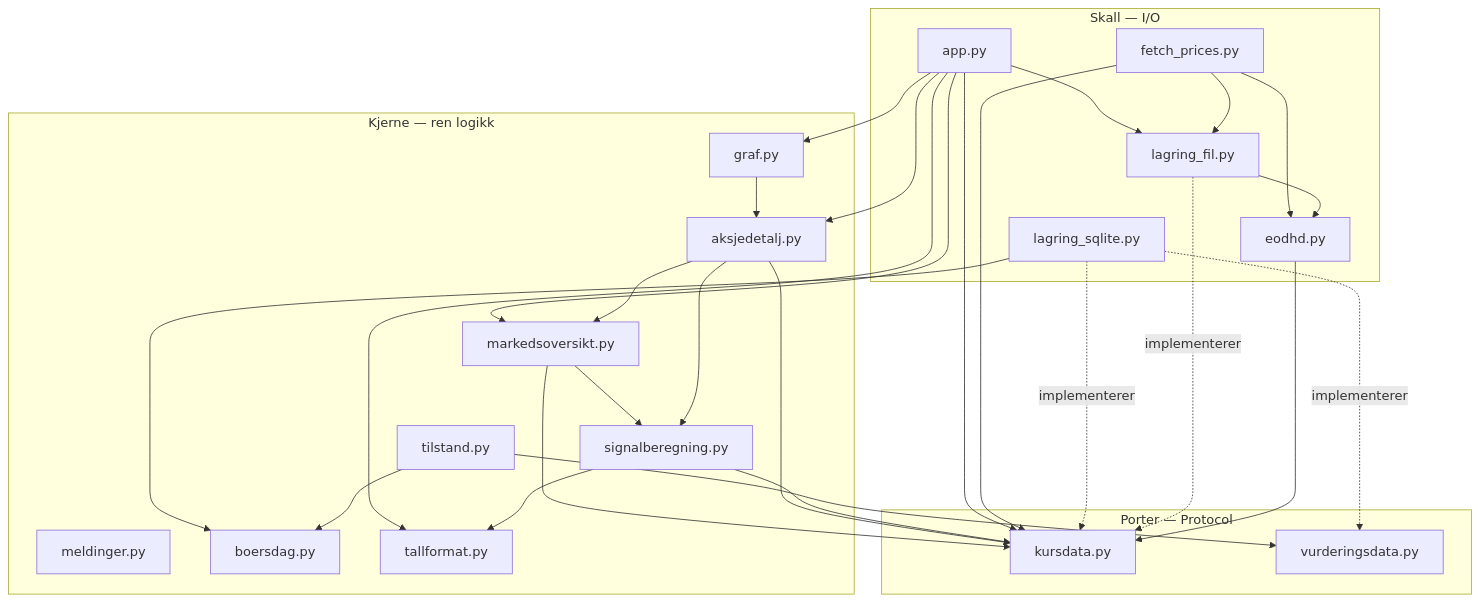
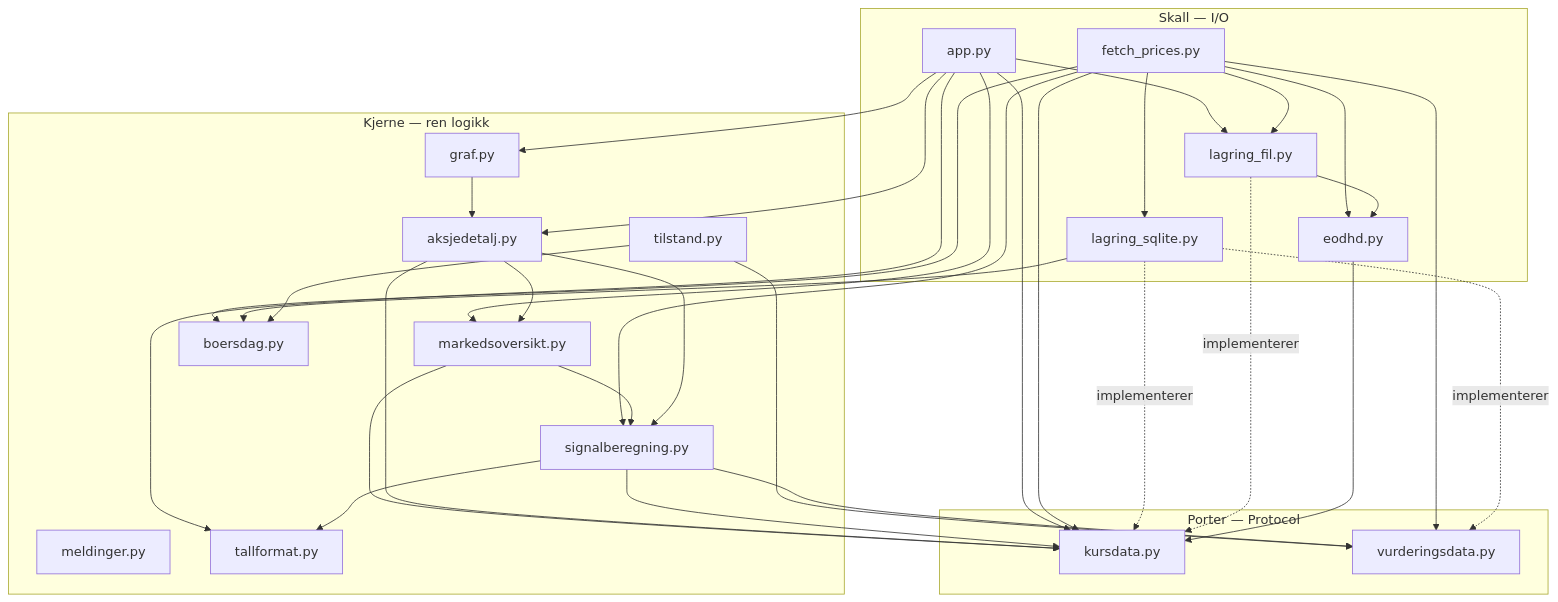
The first of 3 diagrams in _bmad-output/planning-artifacts/architecture/architecture-G74-lund-osen-2026-09-22/ARCHITECTURE-SPINE.md (IBE160-2026/G74-lund-osen), drawn with Mermaid before and after one commit. The commit also changed other lines of this file and 9 other files, not shown here.

````diff
--- a/_bmad-output/planning-artifacts/architecture/architecture-G74-lund-osen-2026-09-22/ARCHITECTURE-SPINE.md
+++ b/_bmad-output/planning-artifacts/architecture/architecture-G74-lund-osen-2026-09-22/ARCHITECTURE-SPINE.md
@@ -65,50 +65,55 @@
 ```mermaid
 graph TD
     subgraph skall["Skall — I/O"]
         app["app.py"]
         fetch["fetch_prices.py"]
         sqlite["lagring_sqlite.py"]
         fil["lagring_fil.py"]
         eodhd["eodhd.py"]
     end
     subgraph porter["Porter — Protocol"]
         kursdata["kursdata.py"]
         vurdering["vurderingsdata.py"]
     end
     subgraph kjerne["Kjerne — ren logikk"]
         marked["markedsoversikt.py"]
         detalj["aksjedetalj.py"]
         graf["graf.py"]
         signal["signalberegning.py"]
         meld["meldinger.py"]
         boersdag["boersdag.py"]
         tilstand["tilstand.py"]
         tallformat["tallformat.py"]
     end
 
     app --> marked
     app --> detalj
     app --> graf
     app --> kursdata
     app --> fil
     app --> tallformat
     fetch --> kursdata
     fetch --> fil
     fetch --> eodhd
+    fetch --> sqlite
+    fetch --> boersdag
+    fetch --> signal
+    fetch --> vurdering
     sqlite -. implementerer .-> kursdata
     sqlite -. implementerer .-> vurdering
     sqlite --> boersdag
     tilstand --> boersdag
     tilstand --> vurdering
     fil -. implementerer .-> kursdata
     fil --> eodhd
     eodhd --> kursdata
     marked --> signal
     marked --> kursdata
     detalj --> signal
     detalj --> marked
     detalj --> kursdata
     graf --> detalj
     signal --> kursdata
     signal --> tallformat
+    signal --> vurdering
 ```
````
